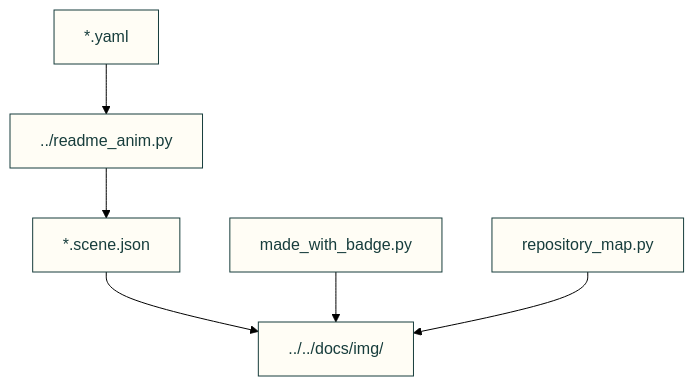
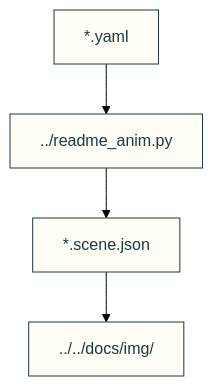
The first of 2 diagrams in tools/anim/README.md (Valpatel/cad-agent), drawn with Mermaid (forest theme) before and after one commit. The commit also changed other lines of this file and 26 other files, not shown here.

Commit message:
docs(repo): make published folder diagrams readable across screen sizes

````diff
--- a/tools/anim/README.md
+++ b/tools/anim/README.md
@@ -5,11 +7,13 @@
 ```mermaid
 flowchart TD
-    Y["*.yaml"] --> R["../readme_anim.py"]
-    R --> J["*.scene.json"]
-    J --> S["../../docs/img/"]
-    A["made_with_badge.py"] --> S
-    B["repository_map.py"] --> S
+    Y["*.yaml"]
+    R["../readme_anim.py"]
+    J["*.scene.json"]
+    S["../../docs/img/"]
+    Y --> R
+    R --> J
+    J --> S
     classDef here fill:#fffdf5,stroke:#173d3c,color:#173d3c
     classDef near fill:#eef1e4,stroke:#6f8a80,color:#173d3c
-    class Y,R,J,S,A,B here
+    class Y,R,J,S here
 ```
````
